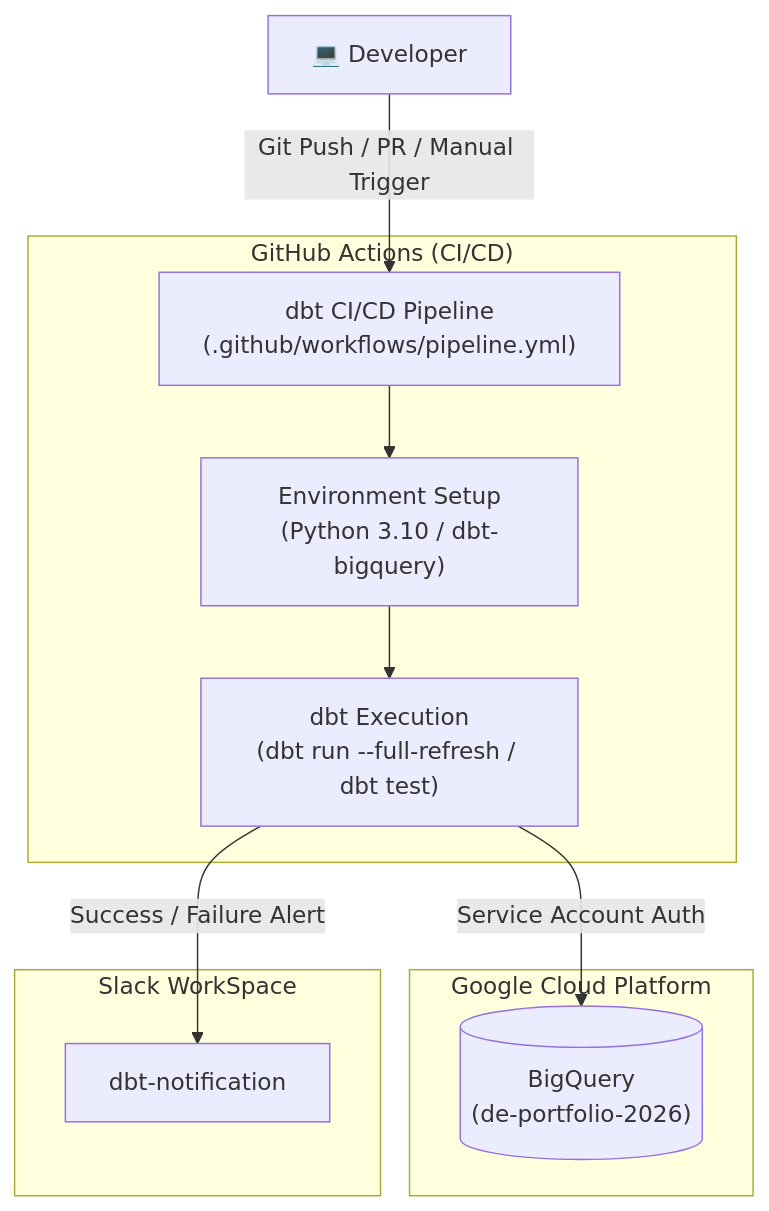
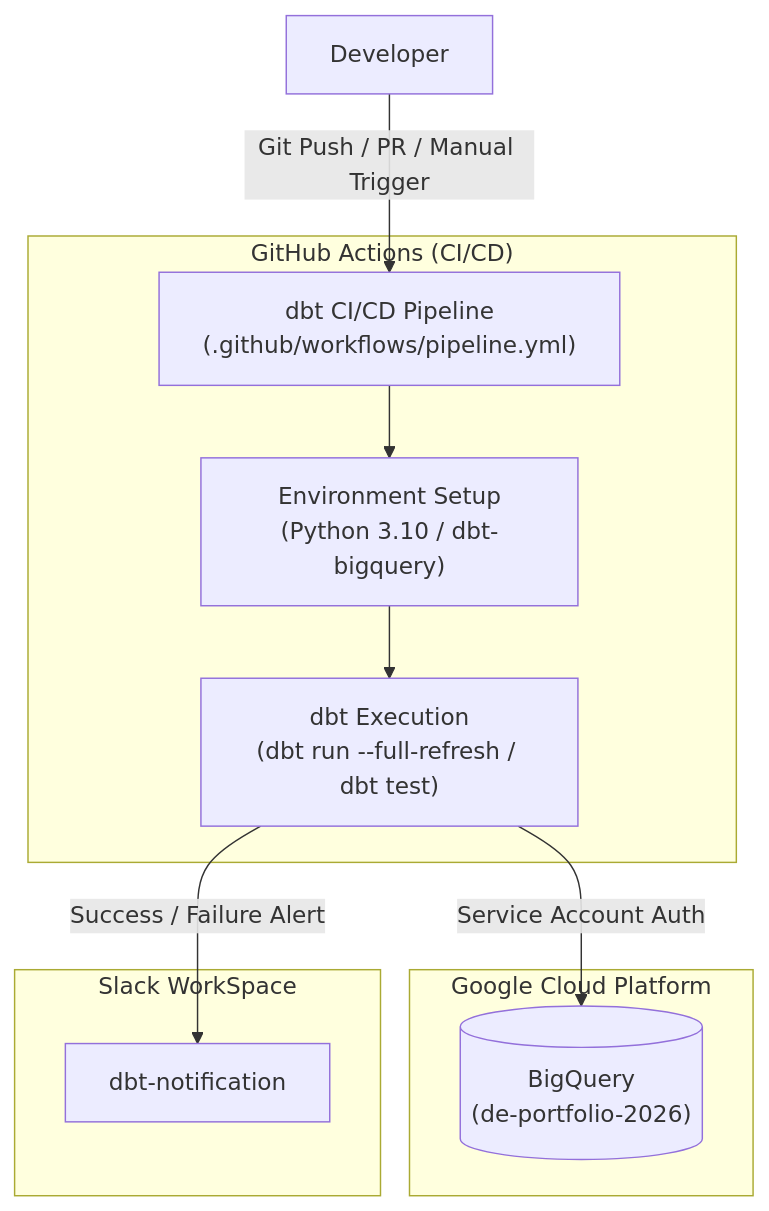
Before and after one commit to ornonot/data-pipeline-portfolio: the diagram in README.md, drawn with Mermaid.

Commit message:
Update README.md
Updated mermaid diagram.

````diff
--- a/README.md
+++ b/README.md
@@ -8,23 +8,22 @@
 ```mermaid
 flowchart TD
     subgraph GCP["Google Cloud Platform"]
-        BQ[("BigQuery\n(de-portfolio-2026)")]
+        BQ[("BigQuery<br>(de-portfolio-2026)")]
     end
 
     subgraph CI_CD["GitHub Actions (CI/CD)"]
-        GA["dbt CI/CD Pipeline\n(.github/workflows/pipeline.yml)"]
-        ENV["Environment Setup\n(Python 3.10 / dbt-bigquery)"]
-        RUN["dbt Execution\n(dbt run --full-refresh / dbt test)"]
+        GA["dbt CI/CD Pipeline<br>(.github/workflows/pipeline.yml)"]
+        ENV["Environment Setup<br>(Python 3.10 / dbt-bigquery)"]
+        RUN["dbt Execution<br>(dbt run --full-refresh / dbt test)"]
     end
 
     subgraph Notification["Slack WorkSpace"]
         SLACK["dbt-notification"]
     end
 
-    %% Workflow Flow
-    Developer["💻 Developer"] -->|"Git Push / PR / Manual Trigger"| GA
+    Developer["Developer"] -->|"Git Push / PR / Manual Trigger"| GA
     GA --> ENV
     ENV --> RUN
     RUN -->|"Service Account Auth"| BQ
     RUN -->|"Success / Failure Alert"| SLACK
 ```
````
